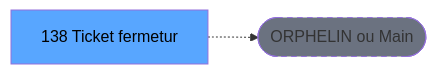
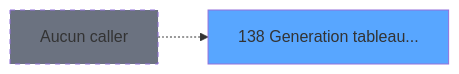
Before and after one commit to thonyAGP/magic-migration: the second of 3 diagrams in .openspec/specs/ADH-IDE-138.md, drawn with Mermaid. The commit also changed other lines of this file and 311 other files, not shown here.

````diff
--- a/.openspec/specs/ADH-IDE-138.md
+++ b/.openspec/specs/ADH-IDE-138.md
@@ -128,8 +288,8 @@
 ```mermaid
 graph LR
-    T[138 Ticket fermetur]
-    ORPHAN([ORPHELIN ou Main])
-    T -.-> ORPHAN
-    style T fill:#58a6ff,color:#000
-    style ORPHAN fill:#6b7280,stroke-dasharray: 5 5
+    T138[138 Generation tableau...]
+    style T138 fill:#58a6ff
+    NONE[Aucun caller]
+    NONE -.-> T138
+    style NONE fill:#6b7280,stroke-dasharray: 5 5
 ```
````
